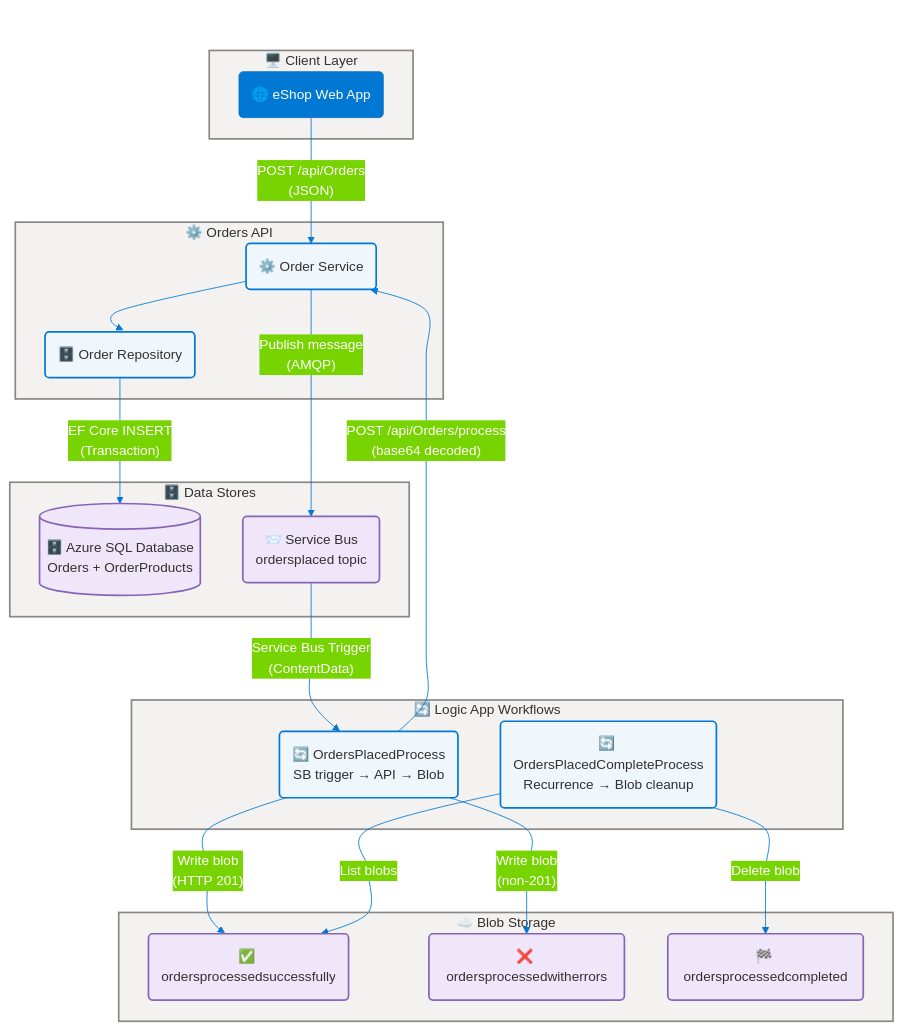
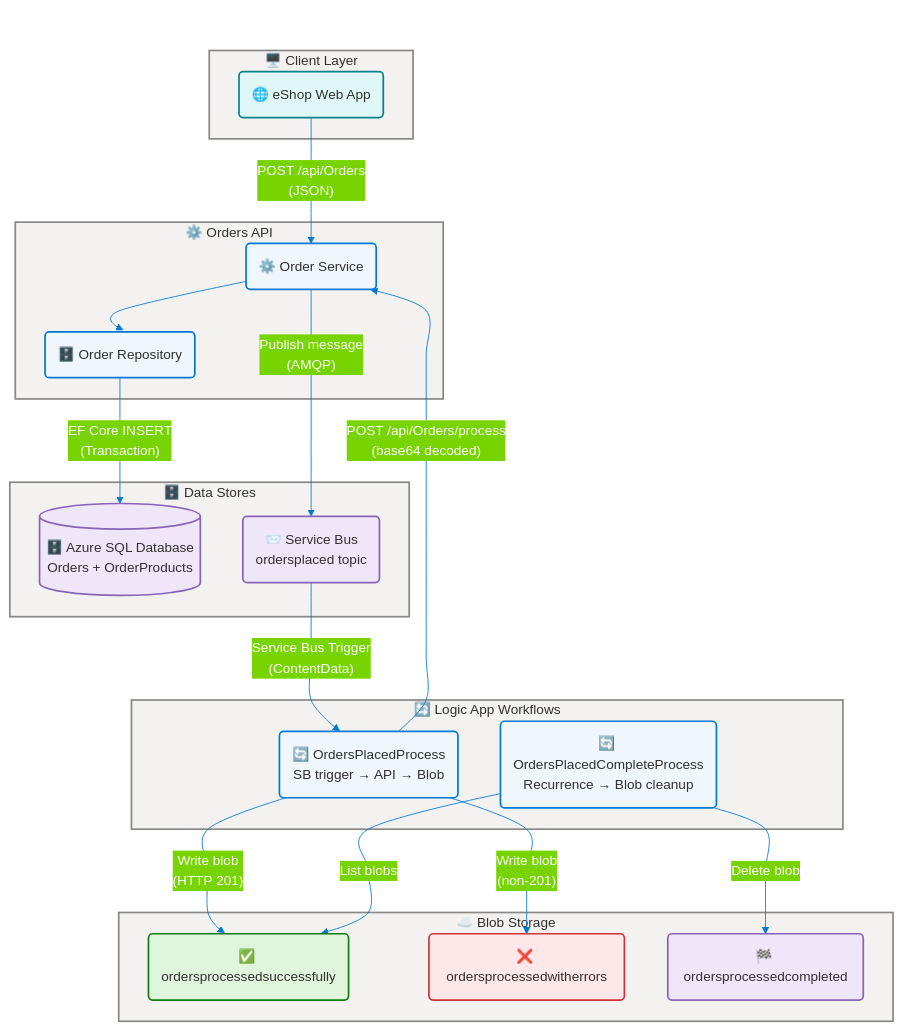
Before and after one commit to Evilazaro/Azure-LogicApps-Monitoring: the sixth of 7 diagrams in docs/architecture/data-architecture.md, drawn with Mermaid. The commit also changed other lines of this file, not shown here.

Commit message:
Update Mermaid diagram classes for improved clarity and accuracy in data representation

````diff
--- a/docs/architecture/data-architecture.md
+++ b/docs/architecture/data-architecture.md
@@ -958,13 +958,14 @@
     classDef danger fill:#FDE7E9,stroke:#D13438,stroke-width:2px,color:#323130
     classDef data fill:#F0E6FA,stroke:#8764B8,stroke-width:2px,color:#323130
     classDef external fill:#E0F7F7,stroke:#038387,stroke-width:2px,color:#323130
+    WA:::external
     OS:::core
     OR:::core
     SQL:::data
     SB:::data
     LP:::core
     LC:::core
-    BS:::data
-    BE:::data
+    BS:::success
+    BE:::danger
     BC:::data
 ```
````
